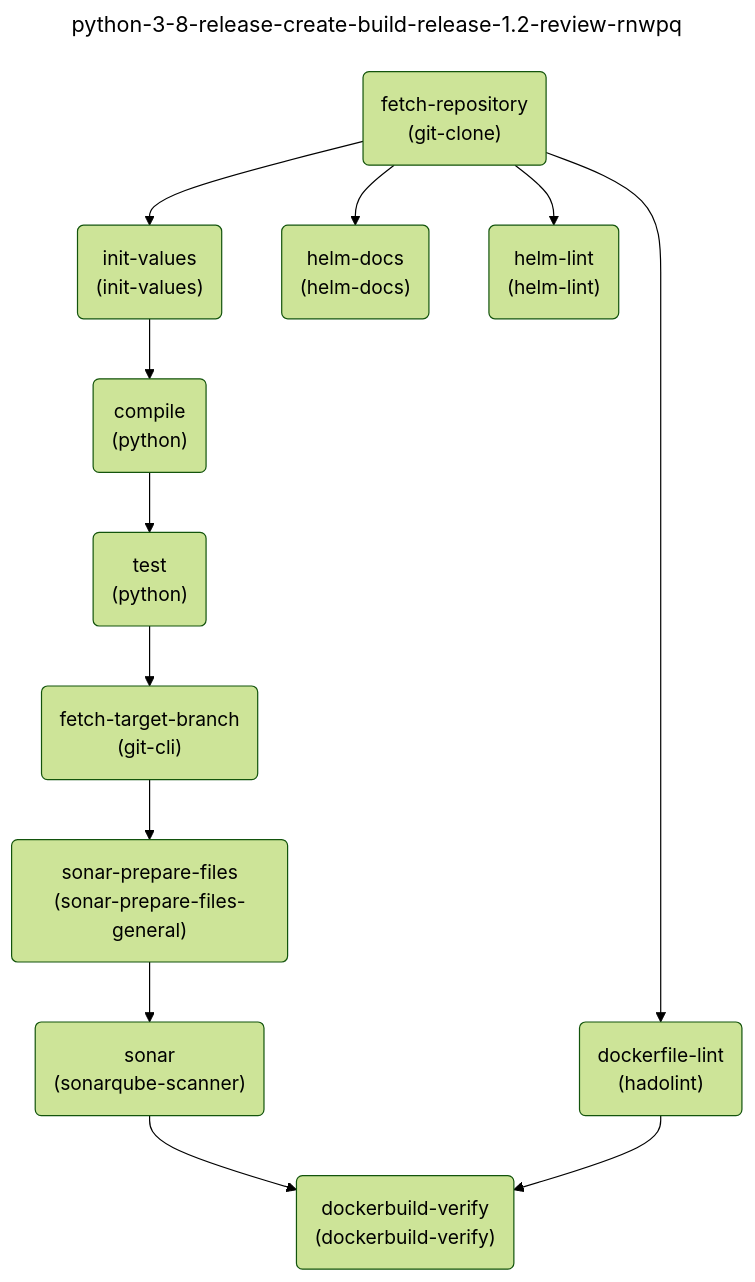
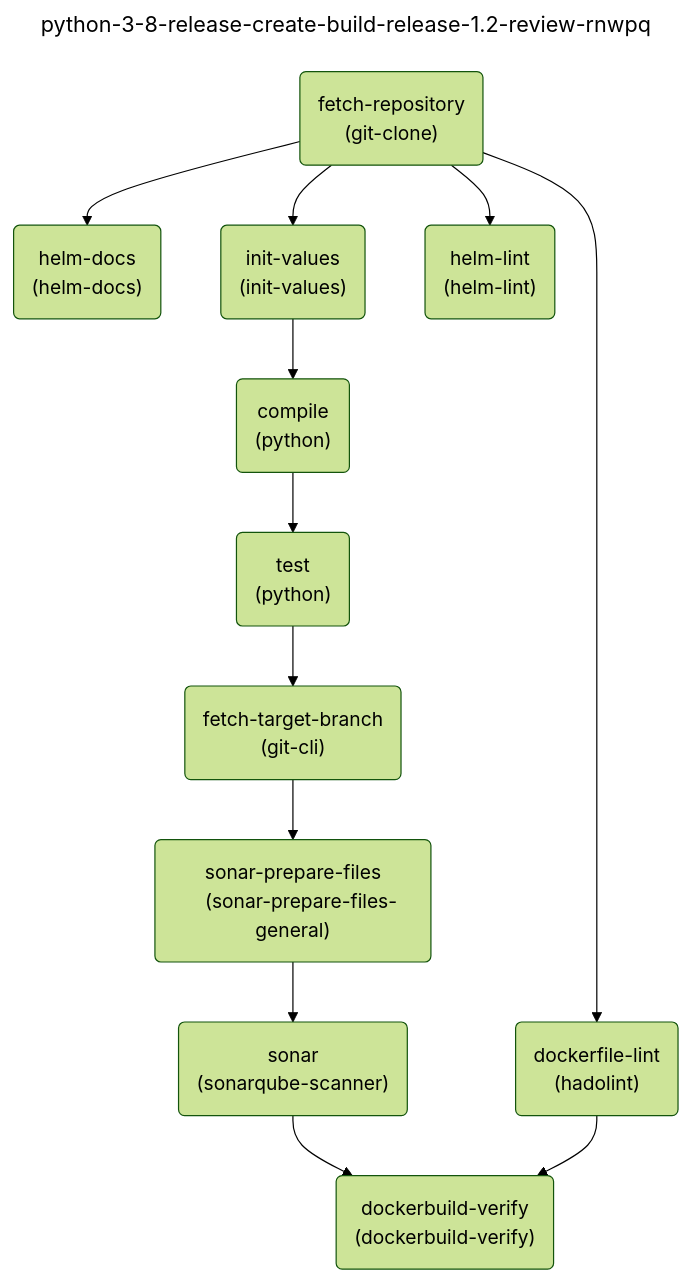
Before and after one commit to SergK/tkn-graph: the diagram in README.md, drawn with Mermaid (forest theme). The commit also changed 1 other file, not shown here.

Commit message:
chore: Remove back-quote for mermaid format

````diff
--- a/README.md
+++ b/README.md
@@ -151,39 +151,39 @@
 ```mermaid
 ---
 title: python-3-8-release-create-build-release-1.2-review-rnwpq
 ---
 flowchart TD
-   fetch-repository("`fetch-repository
-   (git-clone)`") --> init-values("`init-values
-   (init-values)`")
-   fetch-repository("`fetch-repository
-   (git-clone)`") --> helm-docs("`helm-docs
-   (helm-docs)`")
-   compile("`compile
-   (python)`") --> test("`test
-   (python)`")
-   test("`test
-   (python)`") --> fetch-target-branch("`fetch-target-branch
-   (git-cli)`")
-   sonar-prepare-files("`sonar-prepare-files
-   (sonar-prepare-files-general)`") --> sonar("`sonar
-   (sonarqube-scanner)`")
-   sonar("`sonar
-   (sonarqube-scanner)`") --> dockerbuild-verify("`dockerbuild-verify
-   (dockerbuild-verify)`")
-   dockerfile-lint("`dockerfile-lint
-   (hadolint)`") --> dockerbuild-verify("`dockerbuild-verify
-   (dockerbuild-verify)`")
-   init-values("`init-values
-   (init-values)`") --> compile("`compile
-   (python)`")
-   fetch-target-branch("`fetch-target-branch
-   (git-cli)`") --> sonar-prepare-files("`sonar-prepare-files
-   (sonar-prepare-files-general)`")
-   fetch-repository("`fetch-repository
-   (git-clone)`") --> dockerfile-lint("`dockerfile-lint
-   (hadolint)`")
-   fetch-repository("`fetch-repository
-   (git-clone)`") --> helm-lint("`helm-lint
-   (helm-lint)`")
+   test("test
+   (python)") --> fetch-target-branch("fetch-target-branch
+   (git-cli)")
+   fetch-repository("fetch-repository
+   (git-clone)") --> helm-docs("helm-docs
+   (helm-docs)")
+   compile("compile
+   (python)") --> test("test
+   (python)")
+   fetch-repository("fetch-repository
+   (git-clone)") --> init-values("init-values
+   (init-values)")
+   init-values("init-values
+   (init-values)") --> compile("compile
+   (python)")
+   fetch-target-branch("fetch-target-branch
+   (git-cli)") --> sonar-prepare-files("sonar-prepare-files
+   (sonar-prepare-files-general)")
+   sonar-prepare-files("sonar-prepare-files
+   (sonar-prepare-files-general)") --> sonar("sonar
+   (sonarqube-scanner)")
+   fetch-repository("fetch-repository
+   (git-clone)") --> dockerfile-lint("dockerfile-lint
+   (hadolint)")
+   sonar("sonar
+   (sonarqube-scanner)") --> dockerbuild-verify("dockerbuild-verify
+   (dockerbuild-verify)")
+   dockerfile-lint("dockerfile-lint
+   (hadolint)") --> dockerbuild-verify("dockerbuild-verify
+   (dockerbuild-verify)")
+   fetch-repository("fetch-repository
+   (git-clone)") --> helm-lint("helm-lint
+   (helm-lint)")
 ```
````
